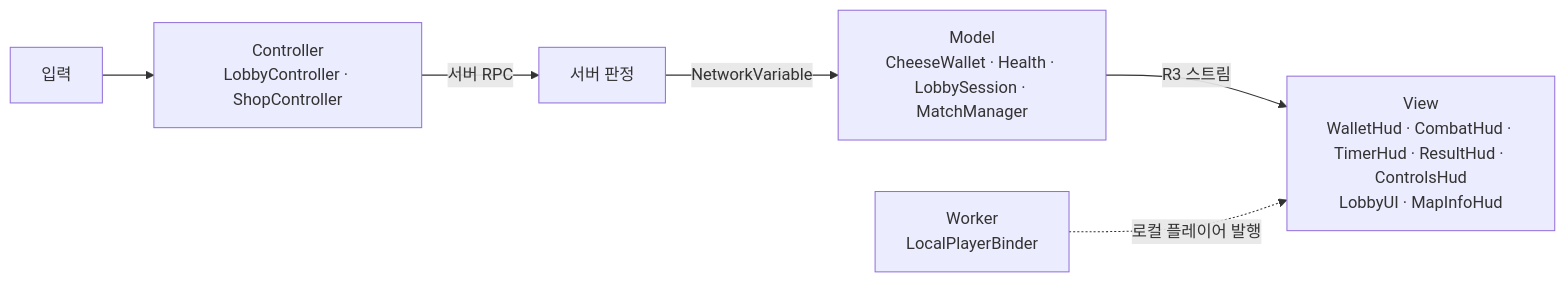
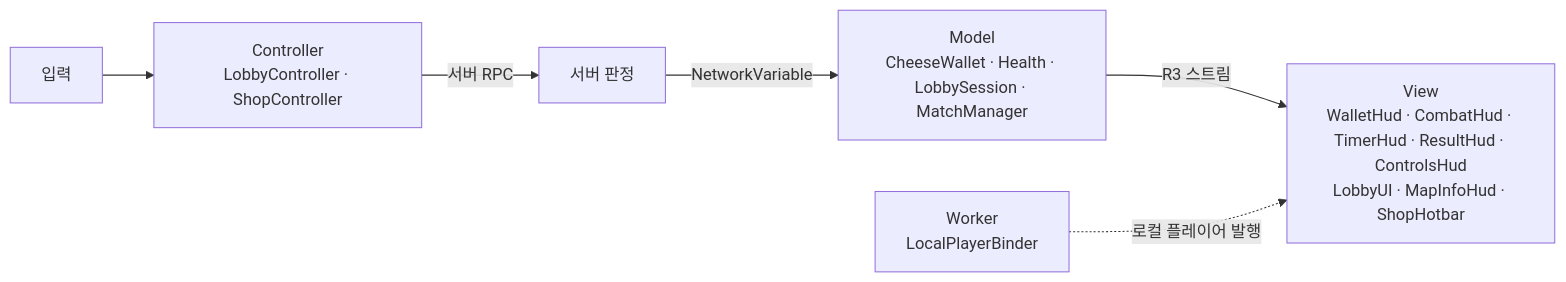
One commit to JeahanPark/The-Cheese-Thief-and-the-Cat changed the tenth of 12 diagrams in CTC/docs/design-vault/코드 다이어그램.md. Above: the diagram before and after it, drawn with Mermaid. The commit also changed other lines of this file and 1 other file, not shown here.

First line of the commit message:
refactor(ui): ShopHotbar R3 전환 — View 8개 전부 R3 (개편 3b 마무리)

````diff
--- a/CTC/docs/design-vault/코드 다이어그램.md
+++ b/CTC/docs/design-vault/코드 다이어그램.md
@@ -334,8 +335,8 @@
 ```mermaid
 flowchart LR
     Input[입력] --> C[Controller<br/>LobbyController · ShopController]
     C -->|서버 RPC| S[서버 판정]
     S -->|NetworkVariable| M[Model<br/>CheeseWallet · Health · LobbySession · MatchManager]
-    M -->|R3 스트림| V[View<br/>WalletHud · CombatHud · TimerHud · ResultHud · ControlsHud<br/>LobbyUI · MapInfoHud]
+    M -->|R3 스트림| V[View<br/>WalletHud · CombatHud · TimerHud · ResultHud · ControlsHud<br/>LobbyUI · MapInfoHud · ShopHotbar]
     W[Worker<br/>LocalPlayerBinder] -.로컬 플레이어 발행.-> V
 ```
````
